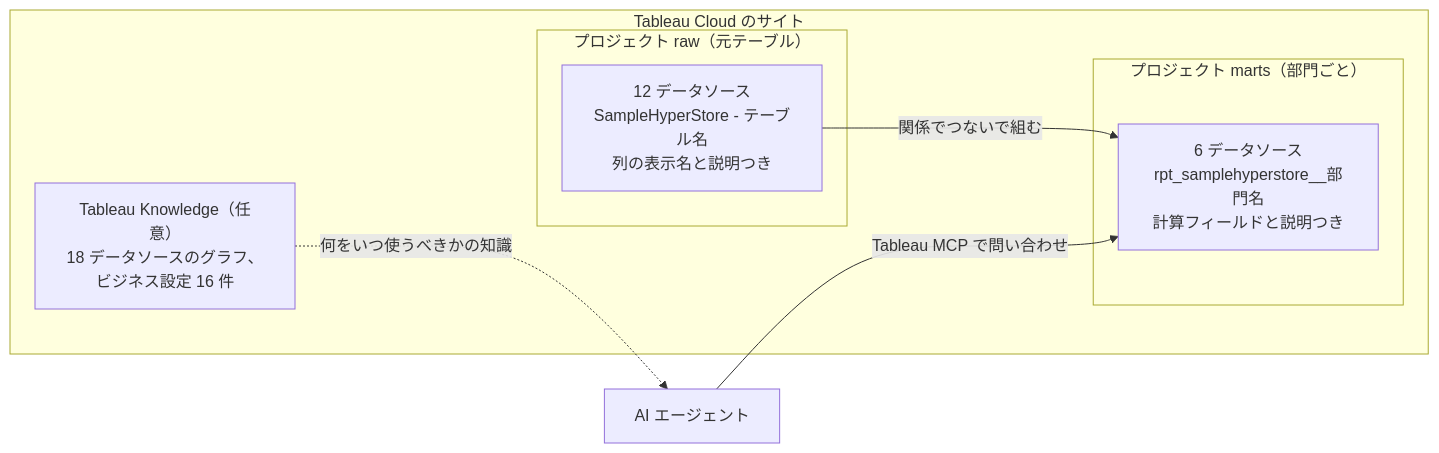
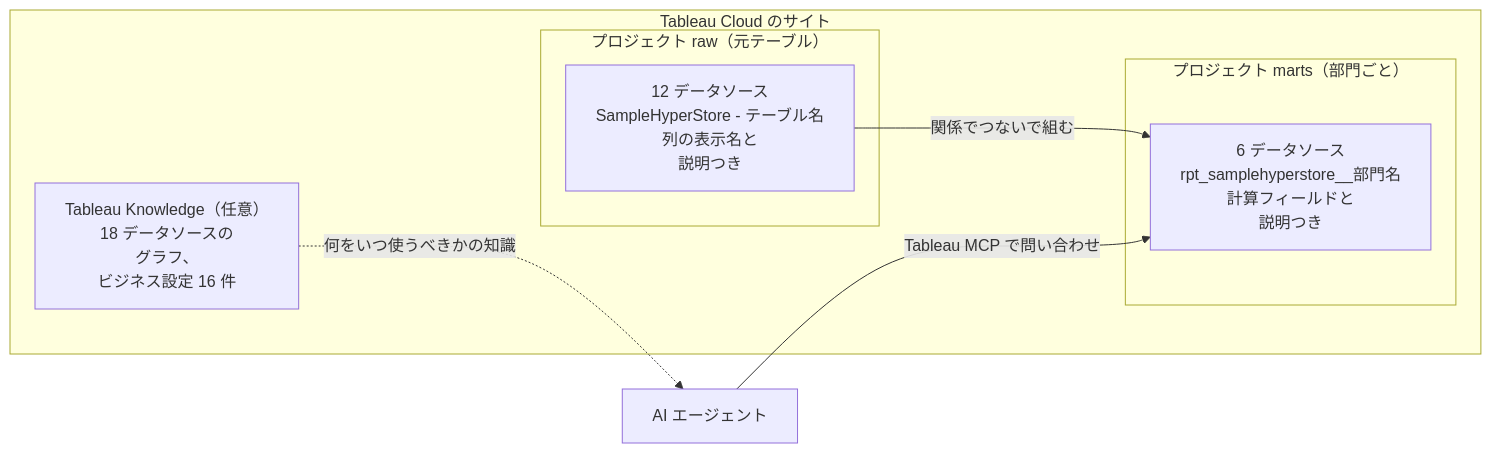
One commit to YoshitakaArakawa/SampleHyperStore changed the fourth of 4 diagrams in ja/README.md. Above: the diagram before and after it, drawn with Mermaid. The commit also changed other lines of this file and 2 other files, not shown here.

First line of the commit message:
Setup guides: apply review; README: shorter Mermaid label lines

````diff
--- a/ja/README.md
+++ b/ja/README.md
@@ -89,15 +91,16 @@
 ```mermaid
+%%{init: {"flowchart": {"wrappingWidth": 400}}}%%
 flowchart LR
     subgraph site["Tableau Cloud のサイト"]
         subgraph raw["プロジェクト raw（元テーブル）"]
-            R["12 データソース<br/>SampleHyperStore - テーブル名<br/>列の表示名と説明つき"]
+            R["12 データソース<br/>SampleHyperStore - テーブル名<br/>列の表示名と<br/>説明つき"]
         end
         subgraph marts["プロジェクト marts（部門ごと）"]
-            M["6 データソース<br/>rpt_samplehyperstore__部門名<br/>計算フィールドと説明つき"]
+            M["6 データソース<br/>rpt_samplehyperstore__部門名<br/>計算フィールドと<br/>説明つき"]
         end
-        K["Tableau Knowledge（任意）<br/>18 データソースのグラフ、<br/>ビジネス設定 16 件"]
+        K["Tableau Knowledge（任意）<br/>18 データソースの<br/>グラフ、<br/>ビジネス設定 16 件"]
     end
     R -- "関係でつないで組む" --> M
     AI["AI エージェント"] -- "Tableau MCP で問い合わせ" --> M
     K -. "何をいつ使うべきかの知識" .-> AI
 ```
````
